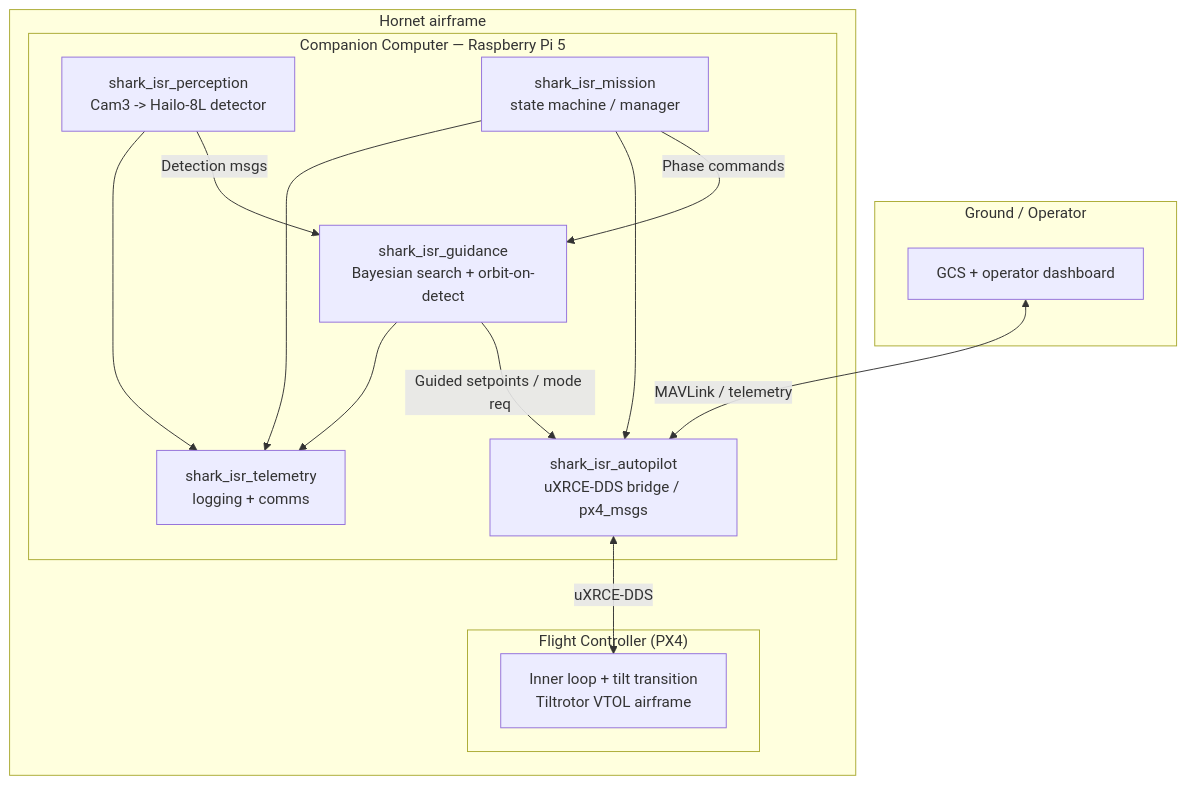
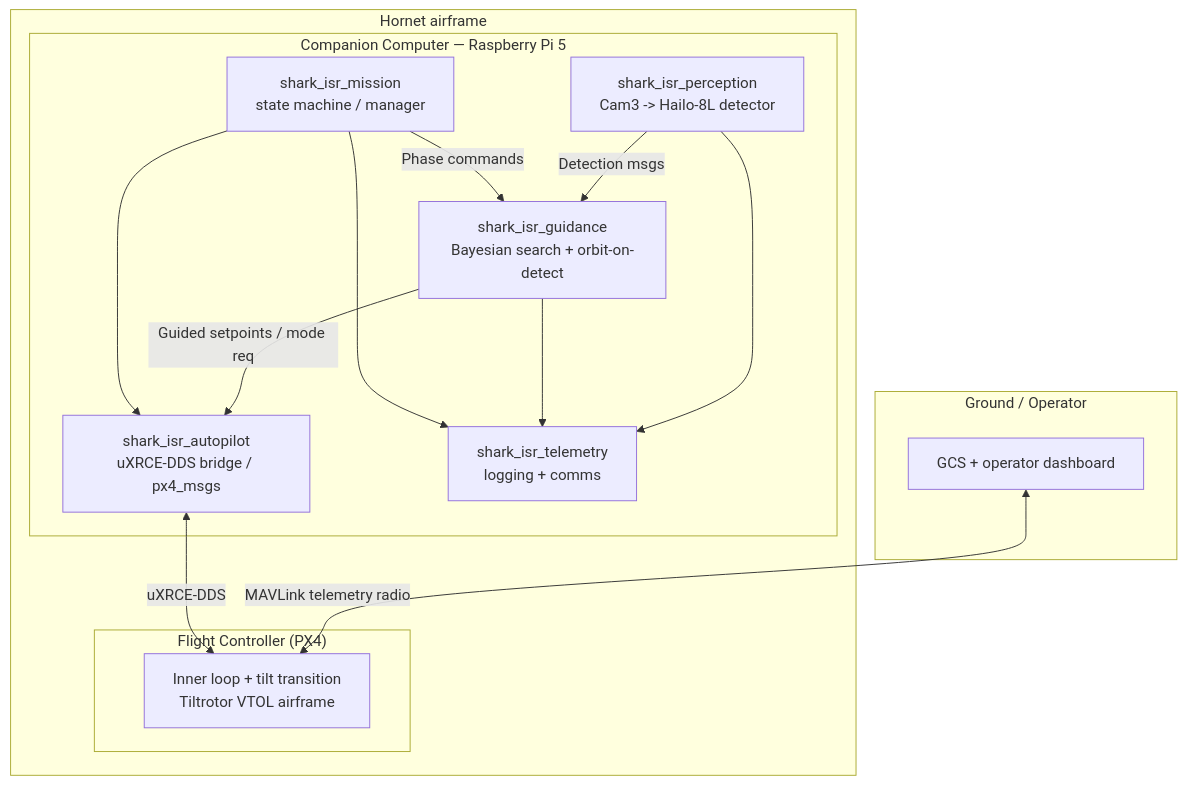
Before and after one commit to RyanH281-UAV/Shark-ISR-Vtol: the diagram in docs/ARCHITECTURE.md, drawn with Mermaid. The commit also changed other lines of this file and 69 other files, not shown here.

````diff
--- a/docs/ARCHITECTURE.md
+++ b/docs/ARCHITECTURE.md
@@ -5,29 +5,29 @@
 ```mermaid
 flowchart TB
     subgraph Ground["Ground / Operator"]
         GCS[GCS + operator dashboard]
     end
 
     subgraph Air["Hornet airframe"]
         subgraph FC["Flight Controller (PX4)"]
             INNER[Inner loop + tilt transition\nTiltrotor VTOL airframe]
         end
         subgraph CC["Companion Computer — Raspberry Pi 5"]
             AP[shark_isr_autopilot\nuXRCE-DDS bridge / px4_msgs]
             PER[shark_isr_perception\nCam3 -> Hailo-8L detector]
             GUI[shark_isr_guidance\nBayesian search + orbit-on-detect]
             MIS[shark_isr_mission\nstate machine / manager]
             TEL[shark_isr_telemetry\nlogging + comms]
         end
     end
 
-    GCS <-->|MAVLink / telemetry| AP
+    GCS <-->|MAVLink telemetry radio| INNER
     AP <-->|uXRCE-DDS| INNER
     PER -->|Detection msgs| GUI
     GUI -->|Guided setpoints / mode req| AP
     MIS -->|Phase commands| GUI
     MIS --> AP
     PER --> TEL
     GUI --> TEL
     MIS --> TEL
 ```
````
